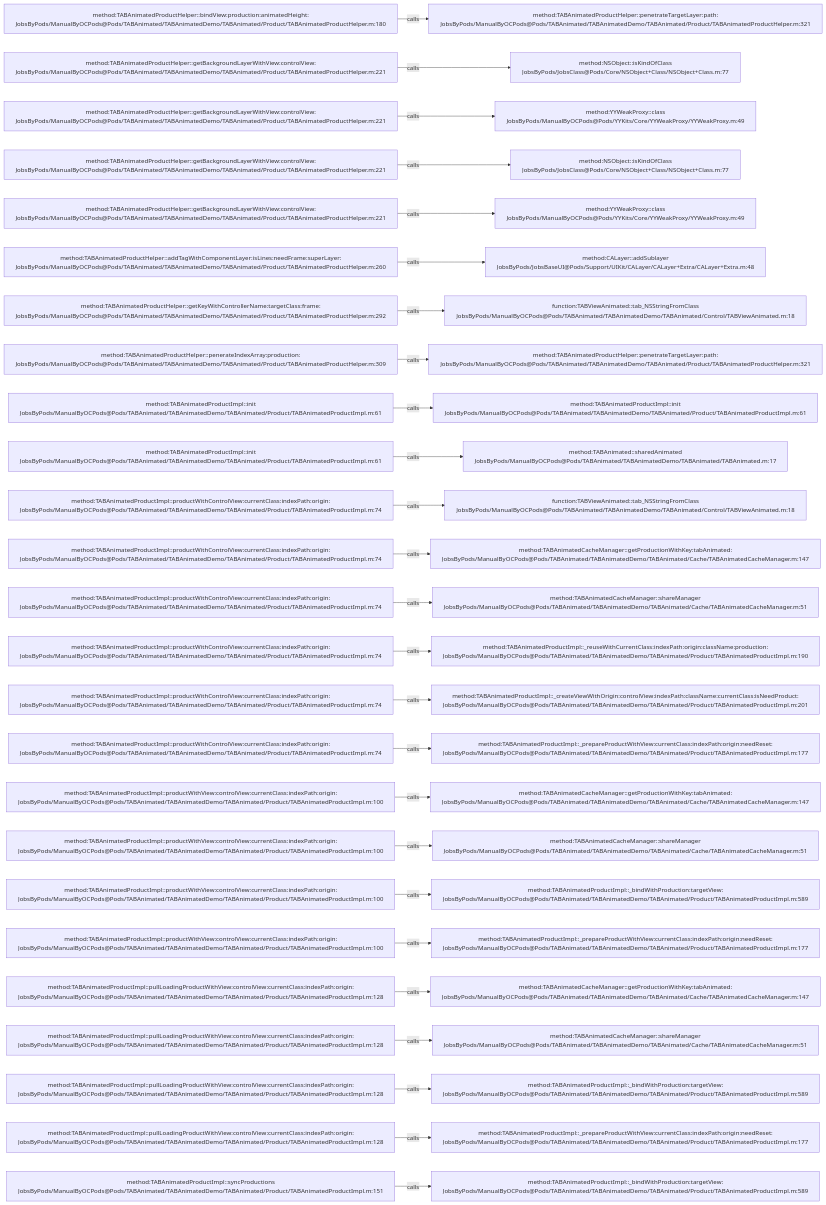
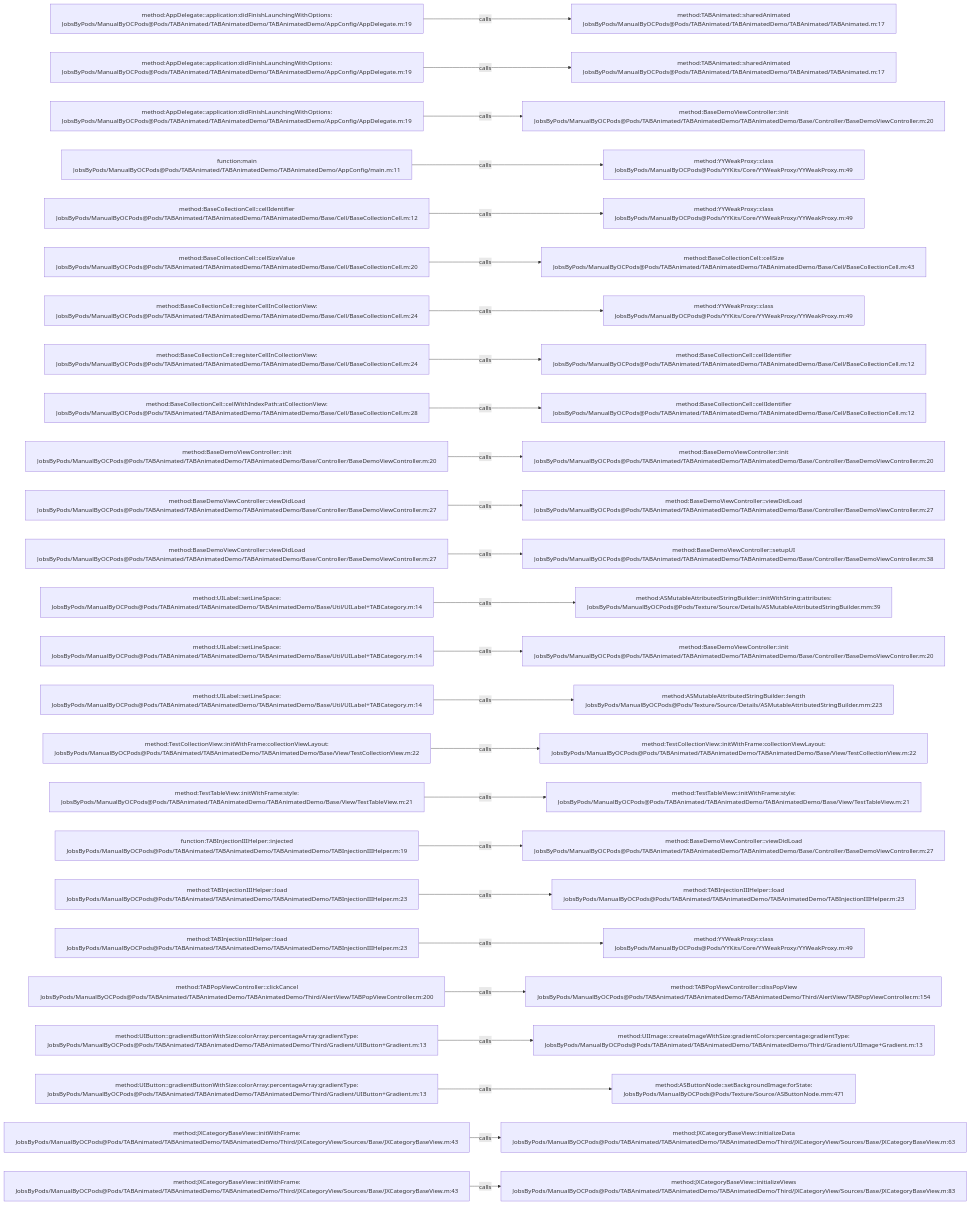
Before and after one commit to JobsKits/JobsOCBaseConfigDemo: the diagram in .codegraph/codegraph.md/graphs/calls-042.md, drawn with Mermaid. The commit also changed 1223 other files, not shown here.

````diff
--- a/.codegraph/codegraph.md/graphs/calls-042.md
+++ b/.codegraph/codegraph.md/graphs/calls-042.md
@@ -13,78 +13,78 @@
 ```mermaid
 flowchart LR
-  S1["method:TABAnimatedProductHelper::bindView:production:animatedHeight:<br/>JobsByPods/ManualByOCPods@Pods/TABAnimated/TABAnimatedDemo/TABAnimated/Product/TABAnimatedProductHelper.m:180"]
-  T1["method:TABAnimatedProductHelper::penetrateTargetLayer:path:<br/>JobsByPods/ManualByOCPods@Pods/TABAnimated/TABAnimatedDemo/TABAnimated/Product/TABAnimatedProductHelper.m:321"]
+  S1["method:AppDelegate::application:didFinishLaunchingWithOptions:<br/>JobsByPods/ManualByOCPods@Pods/TABAnimated/TABAnimatedDemo/TABAnimatedDemo/AppConfig/AppDelegate.m:19"]
+  T1["method:TABAnimated::sharedAnimated<br/>JobsByPods/ManualByOCPods@Pods/TABAnimated/TABAnimatedDemo/TABAnimated/TABAnimated.m:17"]
   S1 -->|calls| T1
-  S2["method:TABAnimatedProductHelper::getBackgroundLayerWithView:controlView:<br/>JobsByPods/ManualByOCPods@Pods/TABAnimated/TABAnimatedDemo/TABAnimated/Product/TABAnimatedProductHelper.m:221"]
-  T2["method:NSObject::isKindOfClass<br/>JobsByPods/JobsClass@Pods/Core/NSObject+Class/NSObject+Class.m:77"]
+  S2["method:AppDelegate::application:didFinishLaunchingWithOptions:<br/>JobsByPods/ManualByOCPods@Pods/TABAnimated/TABAnimatedDemo/TABAnimatedDemo/AppConfig/AppDelegate.m:19"]
+  T2["method:TABAnimated::sharedAnimated<br/>JobsByPods/ManualByOCPods@Pods/TABAnimated/TABAnimatedDemo/TABAnimated/TABAnimated.m:17"]
   S2 -->|calls| T2
-  S3["method:TABAnimatedProductHelper::getBackgroundLayerWithView:controlView:<br/>JobsByPods/ManualByOCPods@Pods/TABAnimated/TABAnimatedDemo/TABAnimated/Product/TABAnimatedProductHelper.m:221"]
-  T3["method:YYWeakProxy::class<br/>JobsByPods/ManualByOCPods@Pods/YYKits/Core/YYWeakProxy/YYWeakProxy.m:49"]
+  S3["method:AppDelegate::application:didFinishLaunchingWithOptions:<br/>JobsByPods/ManualByOCPods@Pods/TABAnimated/TABAnimatedDemo/TABAnimatedDemo/AppConfig/AppDelegate.m:19"]
+  T3["method:BaseDemoViewController::init<br/>JobsByPods/ManualByOCPods@Pods/TABAnimated/TABAnimatedDemo/TABAnimatedDemo/Base/Controller/BaseDemoViewController.m:20"]
   S3 -->|calls| T3
-  S4["method:TABAnimatedProductHelper::getBackgroundLayerWithView:controlView:<br/>JobsByPods/ManualByOCPods@Pods/TABAnimated/TABAnimatedDemo/TABAnimated/Product/TABAnimatedProductHelper.m:221"]
-  T4["method:NSObject::isKindOfClass<br/>JobsByPods/JobsClass@Pods/Core/NSObject+Class/NSObject+Class.m:77"]
+  S4["function:main<br/>JobsByPods/ManualByOCPods@Pods/TABAnimated/TABAnimatedDemo/TABAnimatedDemo/AppConfig/main.m:11"]
+  T4["method:YYWeakProxy::class<br/>JobsByPods/ManualByOCPods@Pods/YYKits/Core/YYWeakProxy/YYWeakProxy.m:49"]
   S4 -->|calls| T4
-  S5["method:TABAnimatedProductHelper::getBackgroundLayerWithView:controlView:<br/>JobsByPods/ManualByOCPods@Pods/TABAnimated/TABAnimatedDemo/TABAnimated/Product/TABAnimatedProductHelper.m:221"]
+  S5["method:BaseCollectionCell::cellIdentifier<br/>JobsByPods/ManualByOCPods@Pods/TABAnimated/TABAnimatedDemo/TABAnimatedDemo/Base/Cell/BaseCollectionCell.m:12"]
   T5["method:YYWeakProxy::class<br/>JobsByPods/ManualByOCPods@Pods/YYKits/Core/YYWeakProxy/YYWeakProxy.m:49"]
   S5 -->|calls| T5
-  S6["method:TABAnimatedProductHelper::addTagWithComponentLayer:isLines:needFrame:superLayer:<br/>JobsByPods/ManualByOCPods@Pods/TABAnimated/TABAnimatedDemo/TABAnimated/Product/TABAnimatedProductHelper.m:260"]
-  T6["method:CALayer::addSublayer<br/>JobsByPods/JobsBaseUI@Pods/Support/UIKit/CALayer/CALayer+Extra/CALayer+Extra.m:48"]
+  S6["method:BaseCollectionCell::cellSizeValue<br/>JobsByPods/ManualByOCPods@Pods/TABAnimated/TABAnimatedDemo/TABAnimatedDemo/Base/Cell/BaseCollectionCell.m:20"]
+  T6["method:BaseCollectionCell::cellSize<br/>JobsByPods/ManualByOCPods@Pods/TABAnimated/TABAnimatedDemo/TABAnimatedDemo/Base/Cell/BaseCollectionCell.m:43"]
   S6 -->|calls| T6
-  S7["method:TABAnimatedProductHelper::getKeyWithControllerName:targetClass:frame:<br/>JobsByPods/ManualByOCPods@Pods/TABAnimated/TABAnimatedDemo/TABAnimated/Product/TABAnimatedProductHelper.m:292"]
-  T7["function:TABViewAnimated::tab_NSStringFromClass<br/>JobsByPods/ManualByOCPods@Pods/TABAnimated/TABAnimatedDemo/TABAnimated/Control/TABViewAnimated.m:18"]
+  S7["method:BaseCollectionCell::registerCellInCollectionView:<br/>JobsByPods/ManualByOCPods@Pods/TABAnimated/TABAnimatedDemo/TABAnimatedDemo/Base/Cell/BaseCollectionCell.m:24"]
+  T7["method:YYWeakProxy::class<br/>JobsByPods/ManualByOCPods@Pods/YYKits/Core/YYWeakProxy/YYWeakProxy.m:49"]
   S7 -->|calls| T7
-  S8["method:TABAnimatedProductHelper::penerateIndexArray:production:<br/>JobsByPods/ManualByOCPods@Pods/TABAnimated/TABAnimatedDemo/TABAnimated/Product/TABAnimatedProductHelper.m:309"]
-  T8["method:TABAnimatedProductHelper::penetrateTargetLayer:path:<br/>JobsByPods/ManualByOCPods@Pods/TABAnimated/TABAnimatedDemo/TABAnimated/Product/TABAnimatedProductHelper.m:321"]
+  S8["method:BaseCollectionCell::registerCellInCollectionView:<br/>JobsByPods/ManualByOCPods@Pods/TABAnimated/TABAnimatedDemo/TABAnimatedDemo/Base/Cell/BaseCollectionCell.m:24"]
+  T8["method:BaseCollectionCell::cellIdentifier<br/>JobsByPods/ManualByOCPods@Pods/TABAnimated/TABAnimatedDemo/TABAnimatedDemo/Base/Cell/BaseCollectionCell.m:12"]
   S8 -->|calls| T8
-  S9["method:TABAnimatedProductImpl::init<br/>JobsByPods/ManualByOCPods@Pods/TABAnimated/TABAnimatedDemo/TABAnimated/Product/TABAnimatedProductImpl.m:61"]
-  T9["method:TABAnimatedProductImpl::init<br/>JobsByPods/ManualByOCPods@Pods/TABAnimated/TABAnimatedDemo/TABAnimated/Product/TABAnimatedProductImpl.m:61"]
+  S9["method:BaseCollectionCell::cellWithIndexPath:atCollectionView:<br/>JobsByPods/ManualByOCPods@Pods/TABAnimated/TABAnimatedDemo/TABAnimatedDemo/Base/Cell/BaseCollectionCell.m:28"]
+  T9["method:BaseCollectionCell::cellIdentifier<br/>JobsByPods/ManualByOCPods@Pods/TABAnimated/TABAnimatedDemo/TABAnimatedDemo/Base/Cell/BaseCollectionCell.m:12"]
   S9 -->|calls| T9
-  S10["method:TABAnimatedProductImpl::init<br/>JobsByPods/ManualByOCPods@Pods/TABAnimated/TABAnimatedDemo/TABAnimated/Product/TABAnimatedProductImpl.m:61"]
-  T10["method:TABAnimated::sharedAnimated<br/>JobsByPods/ManualByOCPods@Pods/TABAnimated/TABAnimatedDemo/TABAnimated/TABAnimated.m:17"]
+  S10["method:BaseDemoViewController::init<br/>JobsByPods/ManualByOCPods@Pods/TABAnimated/TABAnimatedDemo/TABAnimatedDemo/Base/Controller/BaseDemoViewController.m:20"]
+  T10["method:BaseDemoViewController::init<br/>JobsByPods/ManualByOCPods@Pods/TABAnimated/TABAnimatedDemo/TABAnimatedDemo/Base/Controller/BaseDemoViewController.m:20"]
   S10 -->|calls| T10
-  S11["method:TABAnimatedProductImpl::productWithControlView:currentClass:indexPath:origin:<br/>JobsByPods/ManualByOCPods@Pods/TABAnimated/TABAnimatedDemo/TABAnimated/Product/TABAnimatedProductImpl.m:74"]
-  T11["function:TABViewAnimated::tab_NSStringFromClass<br/>JobsByPods/ManualByOCPods@Pods/TABAnimated/TABAnimatedDemo/TABAnimated/Control/TABViewAnimated.m:18"]
+  S11["method:BaseDemoViewController::viewDidLoad<br/>JobsByPods/ManualByOCPods@Pods/TABAnimated/TABAnimatedDemo/TABAnimatedDemo/Base/Controller/BaseDemoViewController.m:27"]
+  T11["method:BaseDemoViewController::viewDidLoad<br/>JobsByPods/ManualByOCPods@Pods/TABAnimated/TABAnimatedDemo/TABAnimatedDemo/Base/Controller/BaseDemoViewController.m:27"]
   S11 -->|calls| T11
-  S12["method:TABAnimatedProductImpl::productWithControlView:currentClass:indexPath:origin:<br/>JobsByPods/ManualByOCPods@Pods/TABAnimated/TABAnimatedDemo/TABAnimated/Product/TABAnimatedProductImpl.m:74"]
-  T12["method:TABAnimatedCacheManager::getProductionWithKey:tabAnimated:<br/>JobsByPods/ManualByOCPods@Pods/TABAnimated/TABAnimatedDemo/TABAnimated/Cache/TABAnimatedCacheManager.m:147"]
+  S12["method:BaseDemoViewController::viewDidLoad<br/>JobsByPods/ManualByOCPods@Pods/TABAnimated/TABAnimatedDemo/TABAnimatedDemo/Base/Controller/BaseDemoViewController.m:27"]
+  T12["method:BaseDemoViewController::setupUI<br/>JobsByPods/ManualByOCPods@Pods/TABAnimated/TABAnimatedDemo/TABAnimatedDemo/Base/Controller/BaseDemoViewController.m:38"]
   S12 -->|calls| T12
-  S13["method:TABAnimatedProductImpl::productWithControlView:currentClass:indexPath:origin:<br/>JobsByPods/ManualByOCPods@Pods/TABAnimated/TABAnimatedDemo/TABAnimated/Product/TABAnimatedProductImpl.m:74"]
-  T13["method:TABAnimatedCacheManager::shareManager<br/>JobsByPods/ManualByOCPods@Pods/TABAnimated/TABAnimatedDemo/TABAnimated/Cache/TABAnimatedCacheManager.m:51"]
+  S13["method:UILabel::setLineSpace:<br/>JobsByPods/ManualByOCPods@Pods/TABAnimated/TABAnimatedDemo/TABAnimatedDemo/Base/Util/UILabel+TABCategory.m:14"]
+  T13["method:ASMutableAttributedStringBuilder::initWithString:attributes:<br/>JobsByPods/ManualByOCPods@Pods/Texture/Source/Details/ASMutableAttributedStringBuilder.mm:39"]
   S13 -->|calls| T13
-  S14["method:TABAnimatedProductImpl::productWithControlView:currentClass:indexPath:origin:<br/>JobsByPods/ManualByOCPods@Pods/TABAnimated/TABAnimatedDemo/TABAnimated/Product/TABAnimatedProductImpl.m:74"]
-  T14["method:TABAnimatedProductImpl::_reuseWithCurrentClass:indexPath:origin:className:production:<br/>JobsByPods/ManualByOCPods@Pods/TABAnimated/TABAnimatedDemo/TABAnimated/Product/TABAnimatedProductImpl.m:190"]
+  S14["method:UILabel::setLineSpace:<br/>JobsByPods/ManualByOCPods@Pods/TABAnimated/TABAnimatedDemo/TABAnimatedDemo/Base/Util/UILabel+TABCategory.m:14"]
+  T14["method:BaseDemoViewController::init<br/>JobsByPods/ManualByOCPods@Pods/TABAnimated/TABAnimatedDemo/TABAnimatedDemo/Base/Controller/BaseDemoViewController.m:20"]
   S14 -->|calls| T14
-  S15["method:TABAnimatedProductImpl::productWithControlView:currentClass:indexPath:origin:<br/>JobsByPods/ManualByOCPods@Pods/TABAnimated/TABAnimatedDemo/TABAnimated/Product/TABAnimatedProductImpl.m:74"]
-  T15["method:TABAnimatedProductImpl::_createViewWithOrigin:controlView:indexPath:className:currentClass:isNeedProduct:<br/>JobsByPods/ManualByOCPods@Pods/TABAnimated/TABAnimatedDemo/TABAnimated/Product/TABAnimatedProductImpl.m:201"]
+  S15["method:UILabel::setLineSpace:<br/>JobsByPods/ManualByOCPods@Pods/TABAnimated/TABAnimatedDemo/TABAnimatedDemo/Base/Util/UILabel+TABCategory.m:14"]
+  T15["method:ASMutableAttributedStringBuilder::length<br/>JobsByPods/ManualByOCPods@Pods/Texture/Source/Details/ASMutableAttributedStringBuilder.mm:223"]
   S15 -->|calls| T15
-  S16["method:TABAnimatedProductImpl::productWithControlView:currentClass:indexPath:origin:<br/>JobsByPods/ManualByOCPods@Pods/TABAnimated/TABAnimatedDemo/TABAnimated/Product/TABAnimatedProductImpl.m:74"]
-  T16["method:TABAnimatedProductImpl::_prepareProductWithView:currentClass:indexPath:origin:needReset:<br/>JobsByPods/ManualByOCPods@Pods/TABAnimated/TABAnimatedDemo/TABAnimated/Product/TABAnimatedProductImpl.m:177"]
+  S16["method:TestCollectionView::initWithFrame:collectionViewLayout:<br/>JobsByPods/ManualByOCPods@Pods/TABAnimated/TABAnimatedDemo/TABAnimatedDemo/Base/View/TestCollectionView.m:22"]
+  T16["method:TestCollectionView::initWithFrame:collectionViewLayout:<br/>JobsByPods/ManualByOCPods@Pods/TABAnimated/TABAnimatedDemo/TABAnimatedDemo/Base/View/TestCollectionView.m:22"]
   S16 -->|calls| T16
-  S17["method:TABAnimatedProductImpl::productWithView:controlView:currentClass:indexPath:origin:<br/>JobsByPods/ManualByOCPods@Pods/TABAnimated/TABAnimatedDemo/TABAnimated/Product/TABAnimatedProductImpl.m:100"]
-  T17["method:TABAnimatedCacheManager::getProductionWithKey:tabAnimated:<br/>JobsByPods/ManualByOCPods@Pods/TABAnimated/TABAnimatedDemo/TABAnimated/Cache/TABAnimatedCacheManager.m:147"]
+  S17["method:TestTableView::initWithFrame:style:<br/>JobsByPods/ManualByOCPods@Pods/TABAnimated/TABAnimatedDemo/TABAnimatedDemo/Base/View/TestTableView.m:21"]
+  T17["method:TestTableView::initWithFrame:style:<br/>JobsByPods/ManualByOCPods@Pods/TABAnimated/TABAnimatedDemo/TABAnimatedDemo/Base/View/TestTableView.m:21"]
   S17 -->|calls| T17
-  S18["method:TABAnimatedProductImpl::productWithView:controlView:currentClass:indexPath:origin:<br/>JobsByPods/ManualByOCPods@Pods/TABAnimated/TABAnimatedDemo/TABAnimated/Product/TABAnimatedProductImpl.m:100"]
-  T18["method:TABAnimatedCacheManager::shareManager<br/>JobsByPods/ManualByOCPods@Pods/TABAnimated/TABAnimatedDemo/TABAnimated/Cache/TABAnimatedCacheManager.m:51"]
+  S18["function:TABInjectionIIIHelper::injected<br/>JobsByPods/ManualByOCPods@Pods/TABAnimated/TABAnimatedDemo/TABAnimatedDemo/TABInjectionIIIHelper.m:19"]
+  T18["method:BaseDemoViewController::viewDidLoad<br/>JobsByPods/ManualByOCPods@Pods/TABAnimated/TABAnimatedDemo/TABAnimatedDemo/Base/Controller/BaseDemoViewController.m:27"]
   S18 -->|calls| T18
-  S19["method:TABAnimatedProductImpl::productWithView:controlView:currentClass:indexPath:origin:<br/>JobsByPods/ManualByOCPods@Pods/TABAnimated/TABAnimatedDemo/TABAnimated/Product/TABAnimatedProductImpl.m:100"]
-  T19["method:TABAnimatedProductImpl::_bindWithProduction:targetView:<br/>JobsByPods/ManualByOCPods@Pods/TABAnimated/TABAnimatedDemo/TABAnimated/Product/TABAnimatedProductImpl.m:589"]
+  S19["method:TABInjectionIIIHelper::load<br/>JobsByPods/ManualByOCPods@Pods/TABAnimated/TABAnimatedDemo/TABAnimatedDemo/TABInjectionIIIHelper.m:23"]
+  T19["method:TABInjectionIIIHelper::load<br/>JobsByPods/ManualByOCPods@Pods/TABAnimated/TABAnimatedDemo/TABAnimatedDemo/TABInjectionIIIHelper.m:23"]
   S19 -->|calls| T19
-  S20["method:TABAnimatedProductImpl::productWithView:controlView:currentClass:indexPath:origin:<br/>JobsByPods/ManualByOCPods@Pods/TABAnimated/TABAnimatedDemo/TABAnimated/Product/TABAnimatedProductImpl.m:100"]
-  T20["method:TABAnimatedProductImpl::_prepareProductWithView:currentClass:indexPath:origin:needReset:<br/>JobsByPods/ManualByOCPods@Pods/TABAnimated/TABAnimatedDemo/TABAnimated/Product/TABAnimatedProductImpl.m:177"]
+  S20["method:TABInjectionIIIHelper::load<br/>JobsByPods/ManualByOCPods@Pods/TABAnimated/TABAnimatedDemo/TABAnimatedDemo/TABInjectionIIIHelper.m:23"]
+  T20["method:YYWeakProxy::class<br/>JobsByPods/ManualByOCPods@Pods/YYKits/Core/YYWeakProxy/YYWeakProxy.m:49"]
   S20 -->|calls| T20
-  S21["method:TABAnimatedProductImpl::pullLoadingProductWithView:controlView:currentClass:indexPath:origin:<br/>JobsByPods/ManualByOCPods@Pods/TABAnimated/TABAnimatedDemo/TABAnimated/Product/TABAnimatedProductImpl.m:128"]
-  T21["method:TABAnimatedCacheManager::getProductionWithKey:tabAnimated:<br/>JobsByPods/ManualByOCPods@Pods/TABAnimated/TABAnimatedDemo/TABAnimated/Cache/TABAnimatedCacheManager.m:147"]
+  S21["method:TABPopViewController::clickCancel<br/>JobsByPods/ManualByOCPods@Pods/TABAnimated/TABAnimatedDemo/TABAnimatedDemo/Third/AlertView/TABPopViewController.m:200"]
+  T21["method:TABPopViewController::dissPopView<br/>JobsByPods/ManualByOCPods@Pods/TABAnimated/TABAnimatedDemo/TABAnimatedDemo/Third/AlertView/TABPopViewController.m:154"]
   S21 -->|calls| T21
-  S22["method:TABAnimatedProductImpl::pullLoadingProductWithView:controlView:currentClass:indexPath:origin:<br/>JobsByPods/ManualByOCPods@Pods/TABAnimated/TABAnimatedDemo/TABAnimated/Product/TABAnimatedProductImpl.m:128"]
-  T22["method:TABAnimatedCacheManager::shareManager<br/>JobsByPods/ManualByOCPods@Pods/TABAnimated/TABAnimatedDemo/TABAnimated/Cache/TABAnimatedCacheManager.m:51"]
+  S22["method:UIButton::gradientButtonWithSize:colorArray:percentageArray:gradientType:<br/>JobsByPods/ManualByOCPods@Pods/TABAnimated/TABAnimatedDemo/TABAnimatedDemo/Third/Gradient/UIButton+Gradient.m:13"]
+  T22["method:UIImage::createImageWithSize:gradientColors:percentage:gradientType:<br/>JobsByPods/ManualByOCPods@Pods/TABAnimated/TABAnimatedDemo/TABAnimatedDemo/Third/Gradient/UIImage+Gradient.m:13"]
   S22 -->|calls| T22
-  S23["method:TABAnimatedProductImpl::pullLoadingProductWithView:controlView:currentClass:indexPath:origin:<br/>JobsByPods/ManualByOCPods@Pods/TABAnimated/TABAnimatedDemo/TABAnimated/Product/TABAnimatedProductImpl.m:128"]
-  T23["method:TABAnimatedProductImpl::_bindWithProduction:targetView:<br/>JobsByPods/ManualByOCPods@Pods/TABAnimated/TABAnimatedDemo/TABAnimated/Product/TABAnimatedProductImpl.m:589"]
+  S23["method:UIButton::gradientButtonWithSize:colorArray:percentageArray:gradientType:<br/>JobsByPods/ManualByOCPods@Pods/TABAnimated/TABAnimatedDemo/TABAnimatedDemo/Third/Gradient/UIButton+Gradient.m:13"]
+  T23["method:ASButtonNode::setBackgroundImage:forState:<br/>JobsByPods/ManualByOCPods@Pods/Texture/Source/ASButtonNode.mm:471"]
   S23 -->|calls| T23
-  S24["method:TABAnimatedProductImpl::pullLoadingProductWithView:controlView:currentClass:indexPath:origin:<br/>JobsByPods/ManualByOCPods@Pods/TABAnimated/TABAnimatedDemo/TABAnimated/Product/TABAnimatedProductImpl.m:128"]
-  T24["method:TABAnimatedProductImpl::_prepareProductWithView:currentClass:indexPath:origin:needReset:<br/>JobsByPods/ManualByOCPods@Pods/TABAnimated/TABAnimatedDemo/TABAnimated/Product/TABAnimatedProductImpl.m:177"]
+  S24["method:JXCategoryBaseView::initWithFrame:<br/>JobsByPods/ManualByOCPods@Pods/TABAnimated/TABAnimatedDemo/TABAnimatedDemo/Third/JXCategoryView/Sources/Base/JXCategoryBaseView.m:43"]
+  T24["method:JXCategoryBaseView::initializeData<br/>JobsByPods/ManualByOCPods@Pods/TABAnimated/TABAnimatedDemo/TABAnimatedDemo/Third/JXCategoryView/Sources/Base/JXCategoryBaseView.m:63"]
   S24 -->|calls| T24
-  S25["method:TABAnimatedProductImpl::syncProductions<br/>JobsByPods/ManualByOCPods@Pods/TABAnimated/TABAnimatedDemo/TABAnimated/Product/TABAnimatedProductImpl.m:151"]
-  T25["method:TABAnimatedProductImpl::_bindWithProduction:targetView:<br/>JobsByPods/ManualByOCPods@Pods/TABAnimated/TABAnimatedDemo/TABAnimated/Product/TABAnimatedProductImpl.m:589"]
+  S25["method:JXCategoryBaseView::initWithFrame:<br/>JobsByPods/ManualByOCPods@Pods/TABAnimated/TABAnimatedDemo/TABAnimatedDemo/Third/JXCategoryView/Sources/Base/JXCategoryBaseView.m:43"]
+  T25["method:JXCategoryBaseView::initializeViews<br/>JobsByPods/ManualByOCPods@Pods/TABAnimated/TABAnimatedDemo/TABAnimatedDemo/Third/JXCategoryView/Sources/Base/JXCategoryBaseView.m:83"]
   S25 -->|calls| T25
 ```
````
